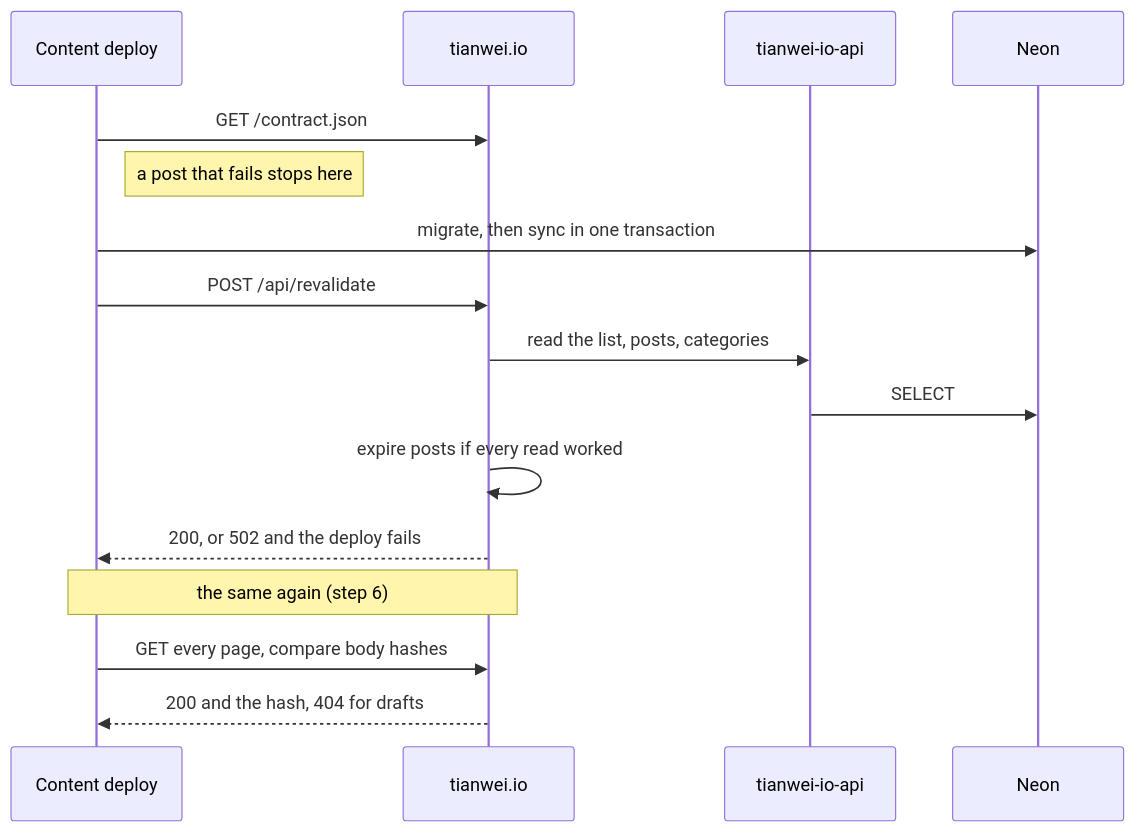
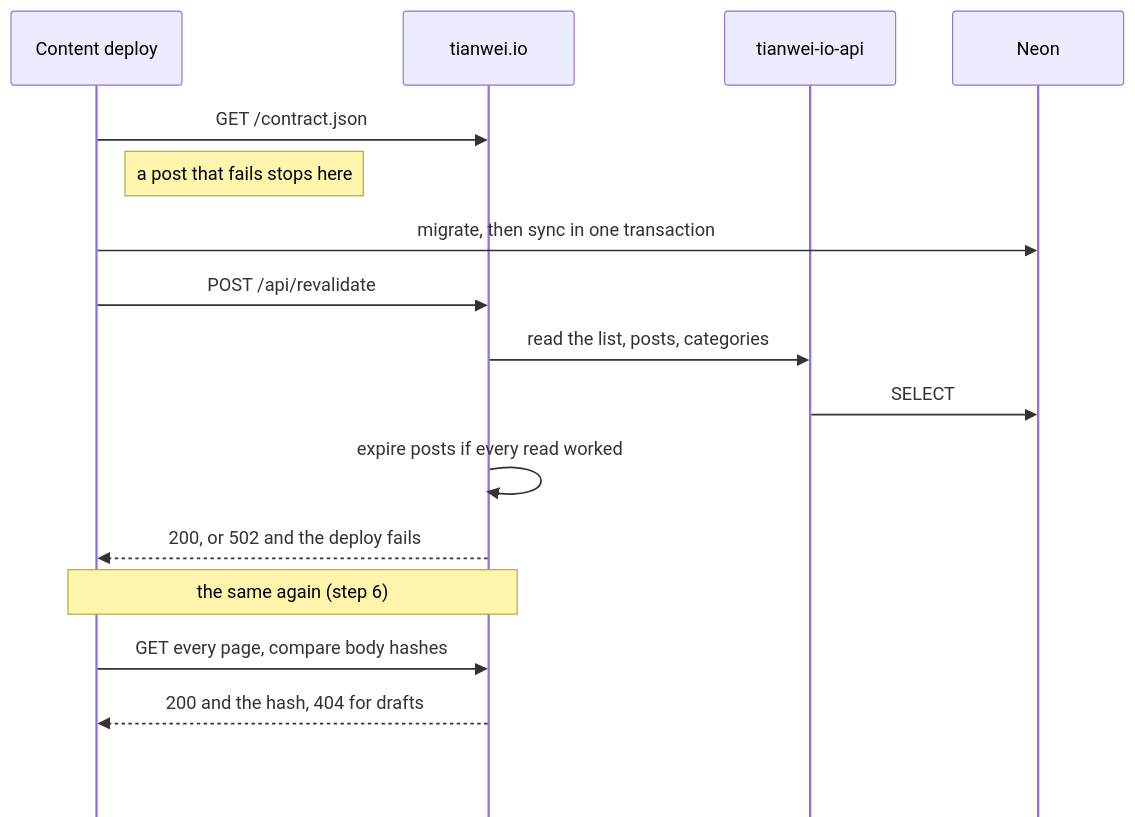
The diagram in README.md (notbd/tianwei-io-content), drawn with Mermaid before and after one commit.

Commit message:
docs(readme): keep the deploy diagram clear of GitHub's diagram buttons
GitHub lays its expand, copy and zoom buttons over the corners of a
diagram that fills the column. Without the repeated row of participants
at the bottom, and with room above the top row, they cover only a
lifeline.

````diff
--- a/README.md
+++ b/README.md
@@ -155,18 +155,19 @@
 ```mermaid
+%%{init: {"sequence": {"mirrorActors": false, "diagramMarginY": 72}}}%%
 sequenceDiagram
   participant GH as Content deploy
   participant FE as tianwei.io
   participant API as tianwei-io-api
   participant DB as Neon
   GH->>FE: GET /contract.json
   Note right of GH: a post that fails stops here
   GH->>DB: migrate, then sync in one transaction
   GH->>FE: POST /api/revalidate
   FE->>API: read the list, posts, categories
   API->>DB: SELECT
   FE->>FE: expire posts if every read worked
   FE-->>GH: 200, or 502 and the deploy fails
   Note over GH,FE: the same again (step 6)
   GH->>FE: GET every page, compare body hashes
   FE-->>GH: 200 and the hash, 404 for drafts
 ```
````
